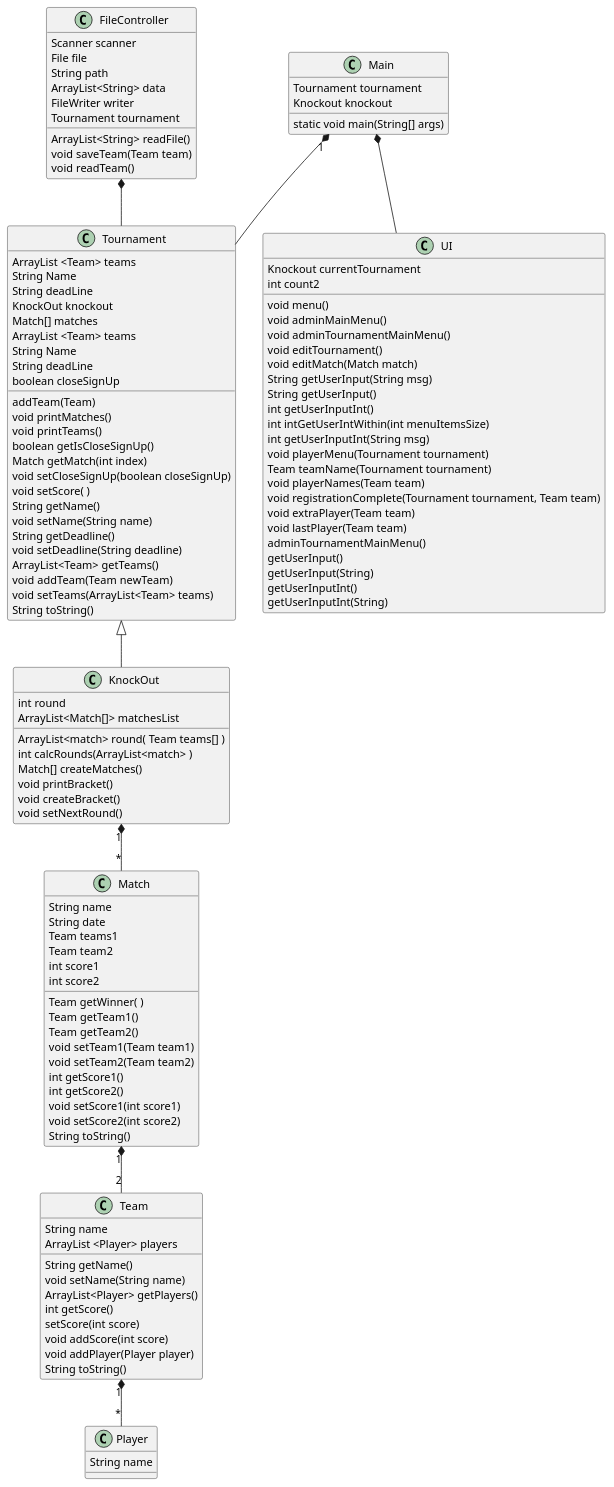
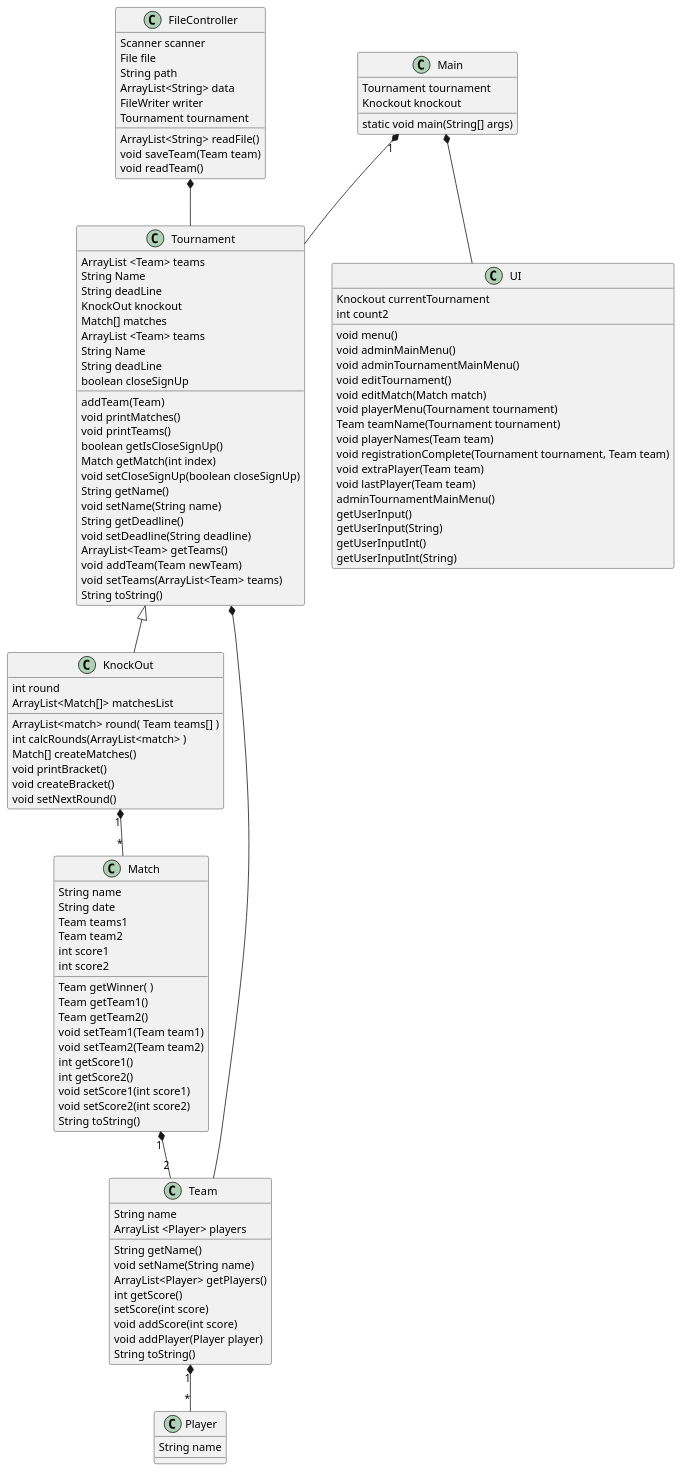
Before and after one commit to krisdanoda/Sp3-bordfodboldturnering: the diagram in PlantUML/ClassDiagram.puml, drawn with PlantUML. The commit also changed 10 other files, not shown here.

```diff
--- a/PlantUML/ClassDiagram.puml
+++ b/PlantUML/ClassDiagram.puml
@@ -1,143 +1,137 @@
 @startuml
 'https://plantuml.com/class-diagram
 
 
 class Tournament
 'class Foosball
 'class GroupTournament
 class KnockOut
 class Player
 class Match
 class Team
 class UI
 
 
 
 Main "1" *-- Tournament
 Tournament <|-- KnockOut
-
+Tournament *-- Team
 'Tournament <-- Foosball
 'Foosball <|-- KnockOut
 'Foosball <|-- GroupTournament
 
 'GroupTournament *-- Match
 
 
 Tournament : ArrayList <Team> teams
 Tournament : String Name
 Tournament : String deadLine
 Tournament : KnockOut knockout
 Tournament : addTeam(Team)
 
 KnockOut : ArrayList<match> round( Team teams[] )
 KnockOut : int round
 KnockOut : int calcRounds(ArrayList<match> )
 
 KnockOut "1" *-- "*" Match
 'GroupTournament *-- Match
 
 FileController *-- Tournament
 Main *-- UI
 
 
 Match "1" *-- "2" Team
 Team "1" *-- "*" Player
 
 UI : Knockout currentTournament
 UI : int count2
 UI : void menu()
 UI : void adminMainMenu()
 UI : void adminTournamentMainMenu()
 UI : void editTournament()
 UI : void editMatch(Match match)
-UI : String getUserInput(String msg)
-UI : String getUserInput()
-UI : int getUserInputInt()
-UI : int intGetUserIntWithin(int menuItemsSize)
-UI : int getUserInputInt(String msg)
 UI : void playerMenu(Tournament tournament)
 UI : Team teamName(Tournament tournament)
 UI : void playerNames(Team team)
 UI : void registrationComplete(Tournament tournament, Team team)
 UI : void extraPlayer(Team team)
 UI : void lastPlayer(Team team)
 
 FileController : Scanner scanner
 FileController : File file
 FileController : String path
 FileController : ArrayList<String> data
 FileController : FileWriter writer
 FileController : Tournament tournament
 FileController : ArrayList<String> readFile()
 FileController : void saveTeam(Team team)
 FileController : void readTeam()
 
 Main : Tournament tournament
 Main : Knockout knockout
 Main : static void main(String[] args)
 
 Tournament : Match[] matches
 Tournament : ArrayList <Team> teams
 Tournament : String Name
 Tournament : String deadLine
 Tournament : boolean closeSignUp
 Tournament : void printMatches()
 Tournament : void printTeams()
 Tournament : boolean getIsCloseSignUp()
 Tournament : Match getMatch(int index)
 Tournament : void setCloseSignUp(boolean closeSignUp)
-Tournament : void setScore( )
 Tournament : String getName()
 Tournament : void setName(String name)
 Tournament : String getDeadline()
 Tournament : void setDeadline(String deadline)
 Tournament : ArrayList<Team> getTeams()
 Tournament : void addTeam(Team newTeam)
 Tournament : void setTeams(ArrayList<Team> teams)
 Tournament : String toString()
 
 KnockOut : ArrayList<Match[]> matchesList
 KnockOut : Match[] createMatches()
 KnockOut : void printBracket()
 KnockOut : void createBracket()
 KnockOut : void setNextRound()
 
 'Team array maybe?
 Match : String name
 Match : String date
 Match : Team teams1
 Match : Team team2
 Match : int score1
 Match : int score2
 
 Match : Team getWinner( )
 Match : Team getTeam1()
 Match : Team getTeam2()
 Match : void setTeam1(Team team1)
 Match : void setTeam2(Team team2)
 Match : int getScore1()
 Match : int getScore2()
 Match : void setScore1(int score1)
 Match : void setScore2(int score2)
 Match : String toString()
 
 Team : String name
 Team : ArrayList <Player> players
 Team : String getName()
 Team : void setName(String name)
 Team : ArrayList<Player> getPlayers()
 Team : int getScore()
 Team : setScore(int score)
 Team : void addScore(int score)
 Team : void addPlayer(Player player)
 Team : String toString()
 
 Player : String name
 
 UI : adminTournamentMainMenu()
 UI : getUserInput()
 UI : getUserInput(String)
 UI : getUserInputInt()
 UI : getUserInputInt(String)
 
 @enduml
```
